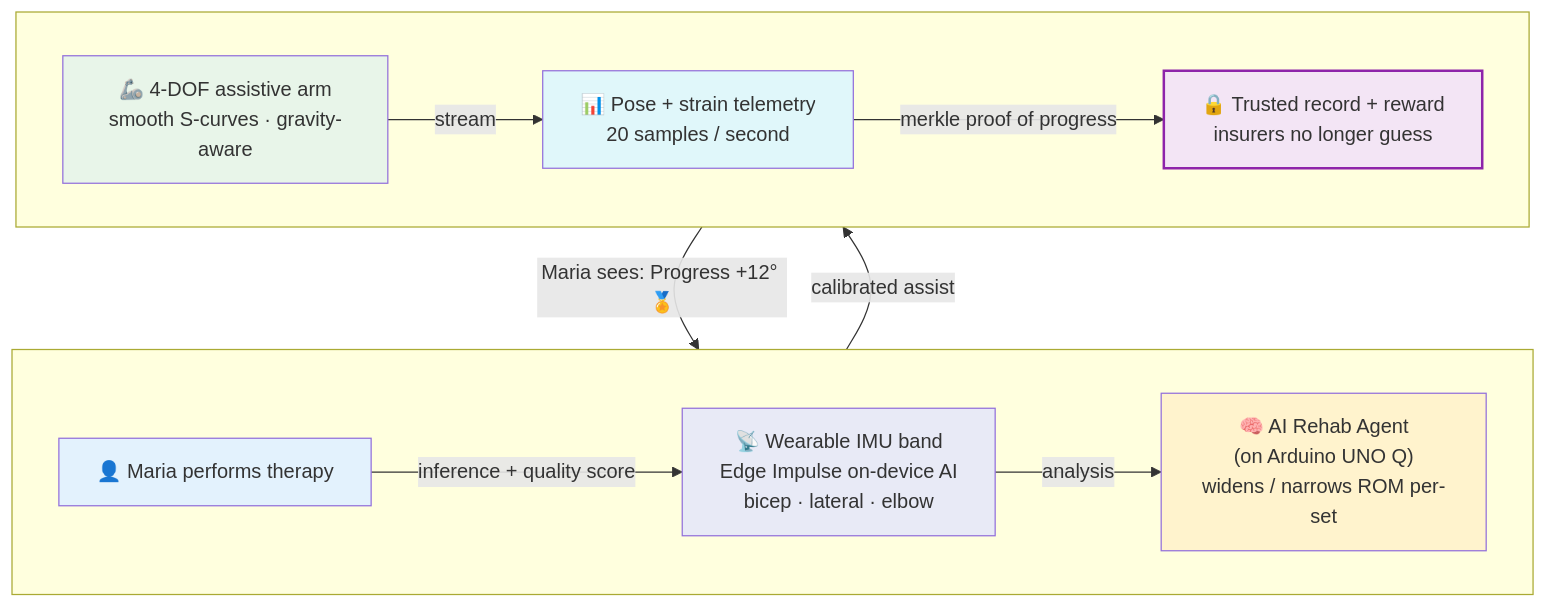
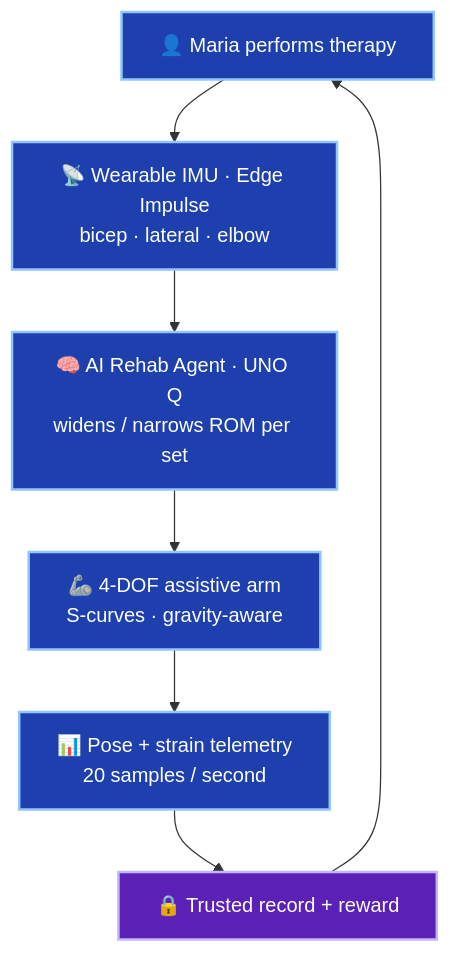
Before and after one commit to altaga/Armic: the first of 6 diagrams in README.md, drawn with Mermaid. The commit also changed other lines of this file and 53 other files, not shown here.

````diff
--- a/README.md
+++ b/README.md
@@ -70,30 +101,16 @@
 ```mermaid
 flowchart TD
-    subgraph ROW1[" "]
-        direction LR
-        A["👤 Maria performs therapy"]
-        B["📡 Wearable IMU band\nEdge Impulse on-device AI\nbicep · lateral · elbow"]
-        C["🧠 AI Rehab Agent\n(on Arduino UNO Q)\nwidens / narrows ROM per-set"]
-    end
+    A["👤 Maria performs therapy"]
+    B["📡 Wearable IMU · Edge Impulse\nbicep · lateral · elbow"]
+    C["🧠 AI Rehab Agent · UNO Q\nwidens / narrows ROM per set"]
+    D["🦾 4-DOF assistive arm\nS-curves · gravity-aware"]
+    E["📊 Pose + strain telemetry\n20 samples / second"]
+    F["🔒 Trusted record + reward"]
 
-    subgraph ROW2[" "]
-        direction LR
-        D["🦾 4-DOF assistive arm\nsmooth S-curves · gravity-aware"]
-        E["📊 Pose + strain telemetry\n20 samples / second"]
-        F["🔒 Trusted record + reward\ninsurers no longer guess"]
-    end
+    A --> B --> C --> D --> E --> F --> A
 
-    A -->|"inference + quality score"| B
-    B -->|"analysis"| C
-    C -->|"calibrated assist"| D
-    D -->|"stream"| E
-    E -->|"merkle proof of progress"| F
-    F -->|"Maria sees: Progress +12° 🏅"| A
-
-    style A fill:#e3f2fd
-    style B fill:#e8eaf6
-    style C fill:#fff3cd
-    style D fill:#e8f5e9
-    style E fill:#e0f7fa
-    style F fill:#f3e5f5,stroke:#8e24aa,stroke-width:2px
+    classDef step fill:#1e40af,color:#ffffff,stroke:#93c5fd,stroke-width:2px
+    classDef record fill:#5b21b6,color:#ffffff,stroke:#c4b5fd,stroke-width:2px
+    class A,B,C,D,E step
+    class F record
 ```
````
